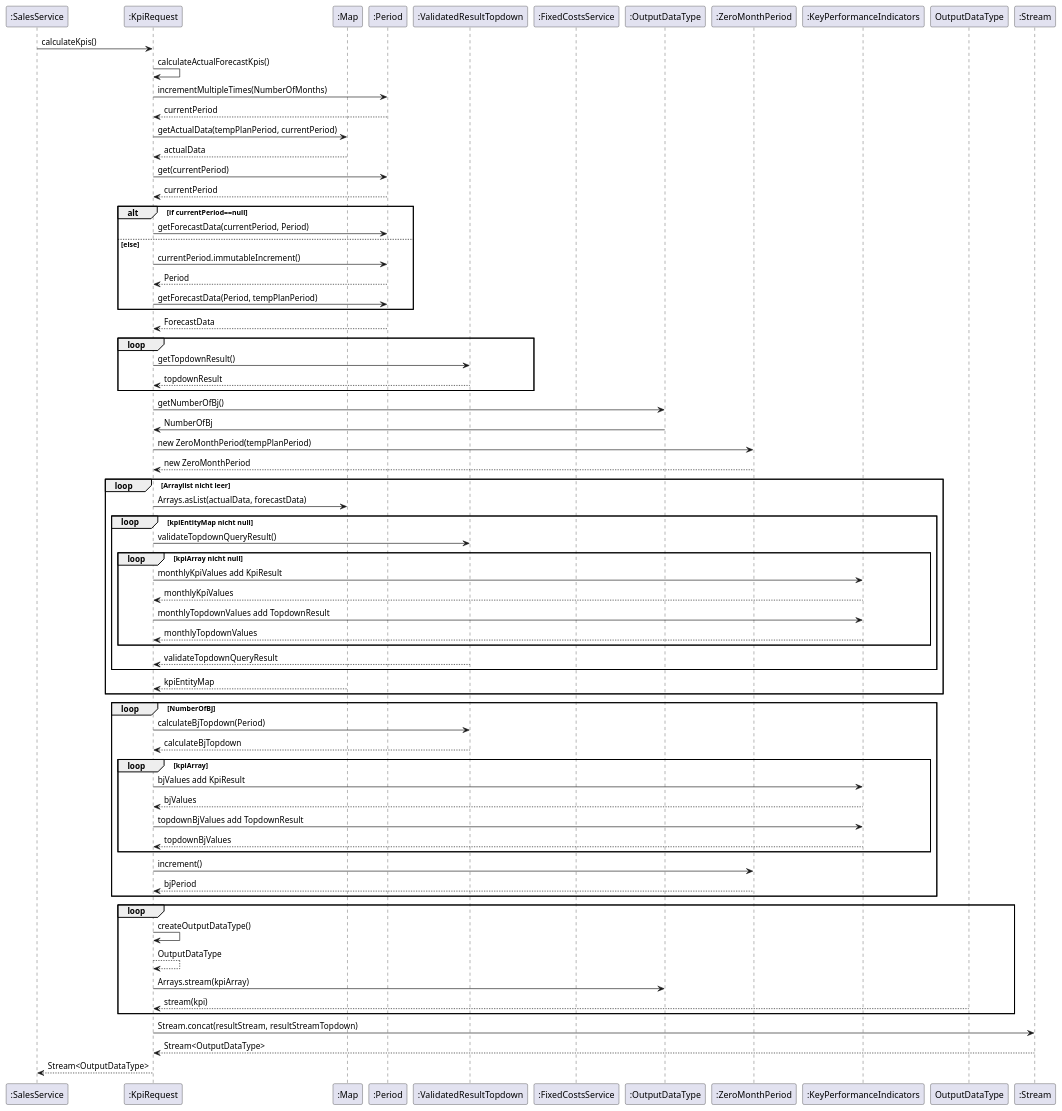
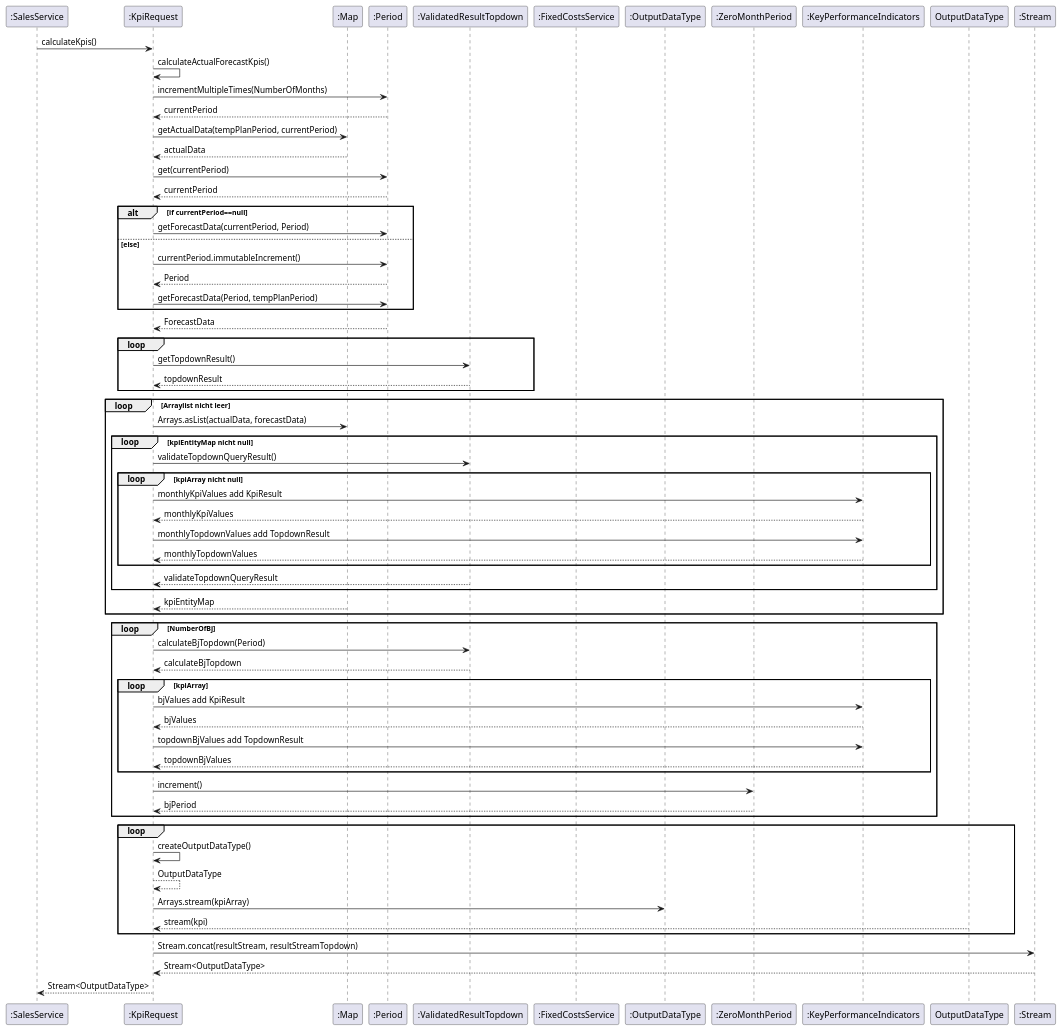
Before and after one commit to wagnst/forecast-cassandra: the diagram in diagrams/sequence/sequence_KpiRequest.puml, drawn with PlantUML.

Commit message:
update sequence_KpiRequest diagramm

```diff
--- a/diagrams/sequence/sequence_KpiRequest.puml
+++ b/diagrams/sequence/sequence_KpiRequest.puml
@@ -1,80 +1,74 @@
 @startuml
 
 participant  ":SalesService"
 participant  ":KpiRequest"
 participant  ":Map"
 participant  ":Period"
 participant  ":ValidatedResultTopdown"
 participant  ":FixedCostsService"
 participant  ":OutputDataType"
 participant  ":ZeroMonthPeriod"
 
 
 ":SalesService" -> ":KpiRequest" : calculateKpis()
 ":KpiRequest" -> ":KpiRequest" : calculateActualForecastKpis()
 ":KpiRequest" -> ":Period" : incrementMultipleTimes(NumberOfMonths)
 ":Period" --> ":KpiRequest" : currentPeriod
 ":KpiRequest" -> ":Map" : getActualData(tempPlanPeriod, currentPeriod)
 ":Map" --> ":KpiRequest" : actualData
 ":KpiRequest" -> ":Period" : get(currentPeriod)
 ":Period" --> ":KpiRequest" : currentPeriod
 
 alt if currentPeriod==null
     ":KpiRequest" -> ":Period" : getForecastData(currentPeriod, Period)
     else else
     ":KpiRequest" -> ":Period" : currentPeriod.immutableIncrement()
     ":Period" --> ":KpiRequest" : Period
     ":KpiRequest" -> ":Period" : getForecastData(Period, tempPlanPeriod)
 end
     ":Period" --> ":KpiRequest" : ForecastData
 
 loop
 ":KpiRequest" -> ":ValidatedResultTopdown" : getTopdownResult()
 ":ValidatedResultTopdown" --> ":KpiRequest" : topdownResult
 end
-
-":KpiRequest" -> ":OutputDataType" : getNumberOfBj()
-":OutputDataType" -> ":KpiRequest" : NumberOfBj
-
- ":KpiRequest" -> ":ZeroMonthPeriod" : new ZeroMonthPeriod(tempPlanPeriod)
- ":ZeroMonthPeriod" --> ":KpiRequest" : new ZeroMonthPeriod
 
 loop Arraylist nicht leer
    ":KpiRequest" -> ":Map" : Arrays.asList(actualData, forecastData)
    loop kpiEntityMap nicht null
          ":KpiRequest" -> ":ValidatedResultTopdown" : validateTopdownQueryResult()
         loop kpiArray nicht null
             ":KpiRequest" -> ":KeyPerformanceIndicators" : monthlyKpiValues add KpiResult
             ":KeyPerformanceIndicators" --> ":KpiRequest" : monthlyKpiValues
             ":KpiRequest" -> ":KeyPerformanceIndicators" : monthlyTopdownValues add TopdownResult
             ":KeyPerformanceIndicators" --> ":KpiRequest" : monthlyTopdownValues
         end
         ":ValidatedResultTopdown" --> ":KpiRequest" : validateTopdownQueryResult
    end
    ":Map" --> ":KpiRequest" : kpiEntityMap
 end
 
 loop NumberOfBj
     ":KpiRequest" -> ":ValidatedResultTopdown" : calculateBjTopdown(Period)
     ":ValidatedResultTopdown" --> ":KpiRequest" : calculateBjTopdown
     loop kpiArray
         ":KpiRequest" -> ":KeyPerformanceIndicators" : bjValues add KpiResult
         ":KeyPerformanceIndicators" --> ":KpiRequest" : bjValues
         ":KpiRequest" -> ":KeyPerformanceIndicators" : topdownBjValues add TopdownResult
         ":KeyPerformanceIndicators" --> ":KpiRequest" : topdownBjValues
     end
     ":KpiRequest" -> ":ZeroMonthPeriod" : increment()
     ":ZeroMonthPeriod" --> ":KpiRequest" : bjPeriod
 end
 loop
     ":KpiRequest" -> ":KpiRequest" : createOutputDataType()
     ":KpiRequest" --> ":KpiRequest" : OutputDataType
     ":KpiRequest" -> ":OutputDataType" : Arrays.stream(kpiArray)
     "OutputDataType" --> ":KpiRequest" : stream(kpi)
 end
 
     ":KpiRequest" -> ":Stream" : Stream.concat(resultStream, resultStreamTopdown)
     ":Stream" --> ":KpiRequest" : Stream<OutputDataType>
 
 ":KpiRequest" --> ":SalesService" :  Stream<OutputDataType>
 @enduml
```
